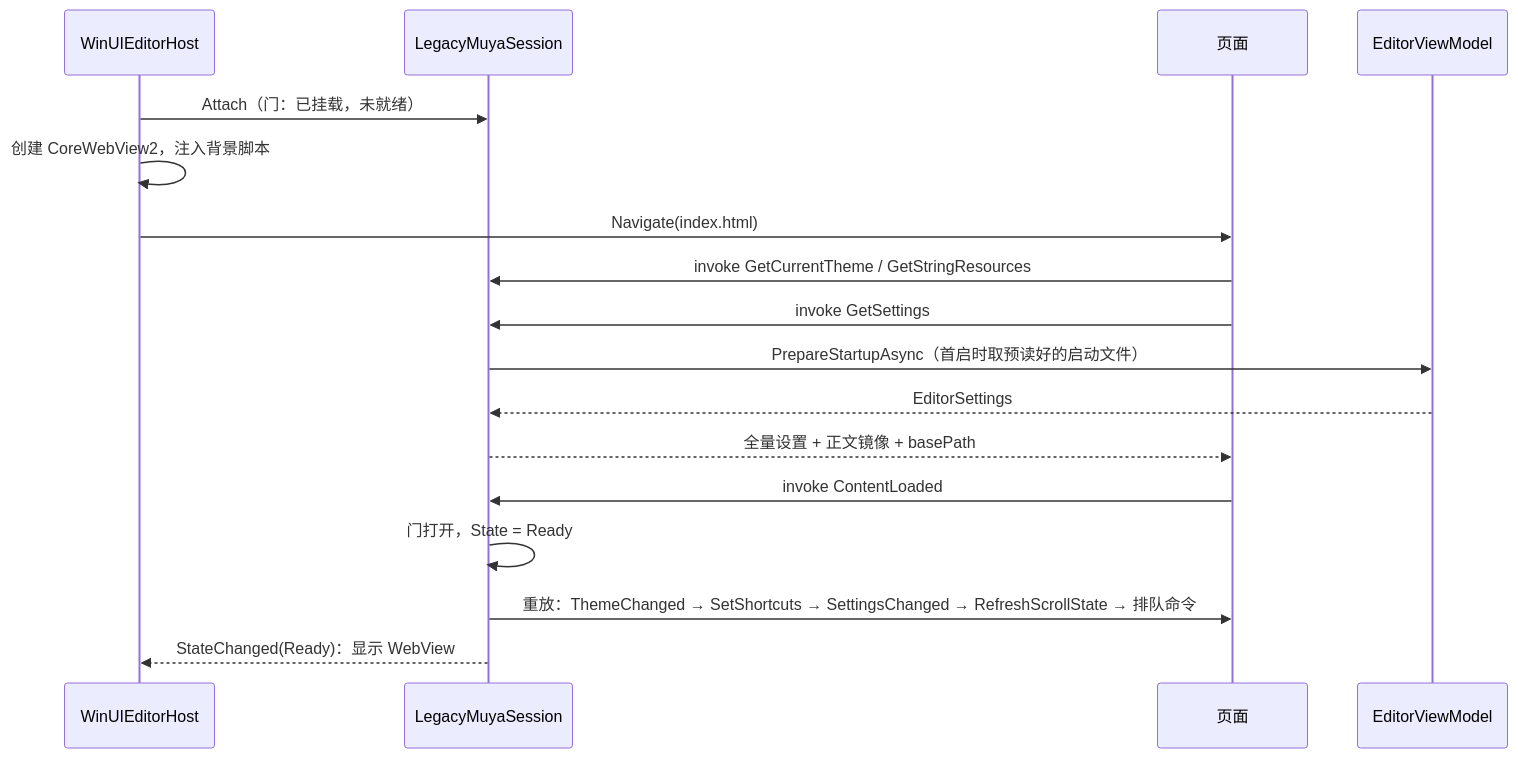
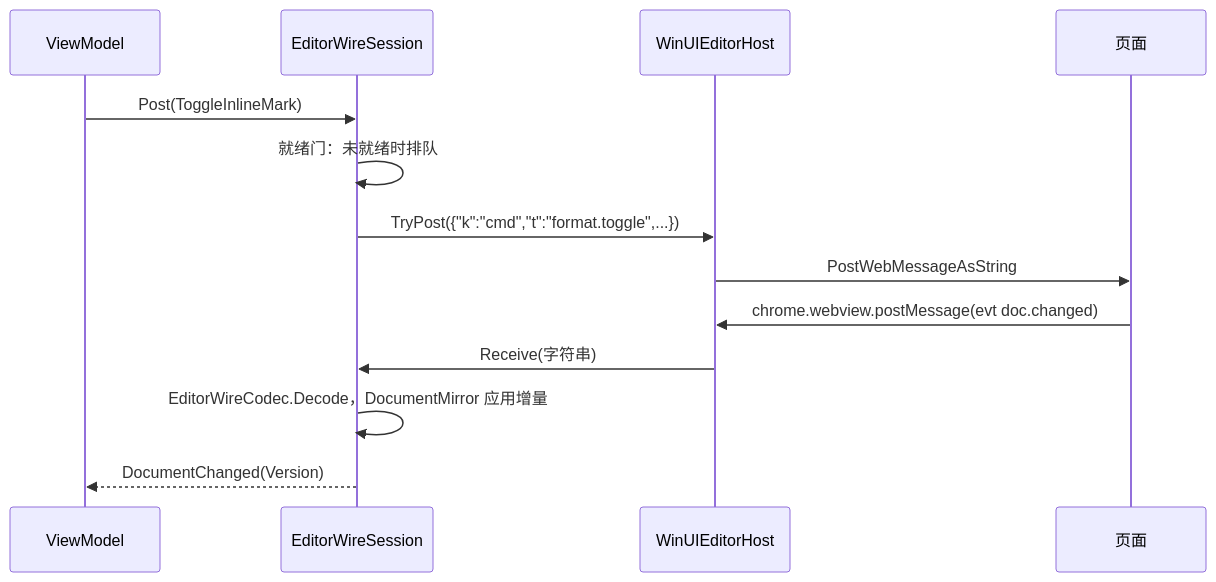
The third of 8 diagrams in docs/architecture.md (awarson2233/Typedown), drawn with Mermaid before and after one commit. The commit also changed other lines of this file and 2 other files, not shown here.

First line of the commit message:
Describe the new editor engine in architecture.md

````diff
--- a/docs/architecture.md
+++ b/docs/architecture.md
@@ -71,19 +105,15 @@
 ```mermaid
 sequenceDiagram
+    participant VM as ViewModel
+    participant S as EditorWireSession
     participant H as WinUIEditorHost
-    participant S as LegacyMuyaSession
     participant P as 页面
-    participant VM as EditorViewModel
-    H->>S: Attach（门：已挂载，未就绪）
-    H->>H: 创建 CoreWebView2，注入背景脚本
-    H->>P: Navigate(index.html)
-    P->>S: invoke GetCurrentTheme / GetStringResources
-    P->>S: invoke GetSettings
-    S->>VM: PrepareStartupAsync（首启时取预读好的启动文件）
-    VM-->>S: EditorSettings
-    S-->>P: 全量设置 + 正文镜像 + basePath
-    P->>S: invoke ContentLoaded
-    S->>S: 门打开，State = Ready
-    S->>P: 重放：ThemeChanged → SetShortcuts → SettingsChanged → RefreshScrollState → 排队命令
-    S-->>H: StateChanged(Ready)：显示 WebView
+    VM->>S: Post(ToggleInlineMark)
+    S->>S: 就绪门：未就绪时排队
+    S->>H: TryPost({"k":"cmd","t":"format.toggle",...})
+    H->>P: PostWebMessageAsString
+    P->>H: chrome.webview.postMessage(evt doc.changed)
+    H->>S: Receive(字符串)
+    S->>S: EditorWireCodec.Decode，DocumentMirror 应用增量
+    S-->>VM: DocumentChanged(Version)
 ```
````
